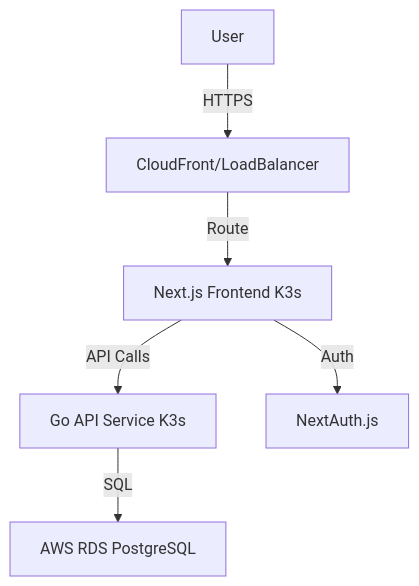
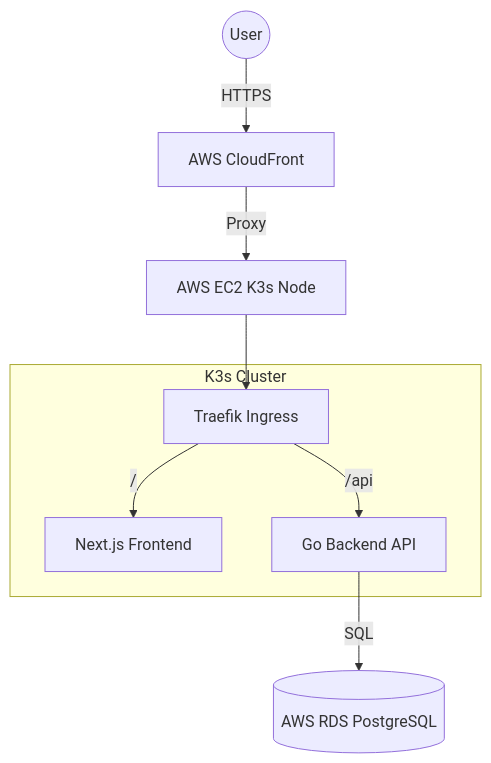
Before and after one commit to Ab-hinav/money-manager: the diagram in README.md, drawn with Mermaid. The commit also changed other lines of this file and 1 other file, not shown here.

Commit message:
feat: Introduce new financial management features like goals and budgets, update the README with an expanded tech stack and architecture, and document Phase 2 progress in the PRD.

````diff
--- a/README.md
+++ b/README.md
@@ -38,8 +39,14 @@
 ```mermaid
 graph TD
-    User[User] -->|HTTPS| CF[CloudFront/LoadBalancer]
-    CF -->|Route| Frontend[Next.js Frontend K3s]
-    Frontend -->|API Calls| Backend[Go API Service K3s]
-    Backend -->|SQL| DB[AWS RDS PostgreSQL]
-    Frontend -->|Auth| NextAuth[NextAuth.js]
+    User((User)) -->|HTTPS| CF[AWS CloudFront]
+    CF -->|Proxy| EC2[AWS EC2 K3s Node]
+    subgraph K3s Cluster
+        Ingress[Traefik Ingress]
+        Front[Next.js Frontend]
+        Back[Go Backend API]
+    end
+    EC2 --> Ingress
+    Ingress -->|/| Front
+    Ingress -->|/api| Back
+    Back -->|SQL| RDS[(AWS RDS PostgreSQL)]
 ```
````
